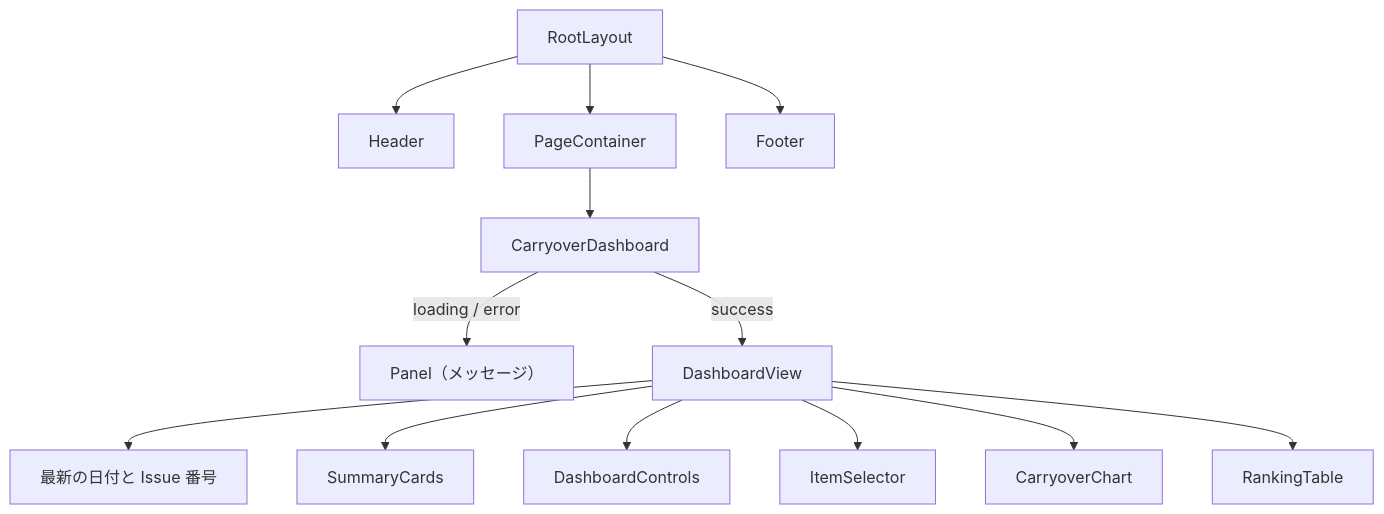
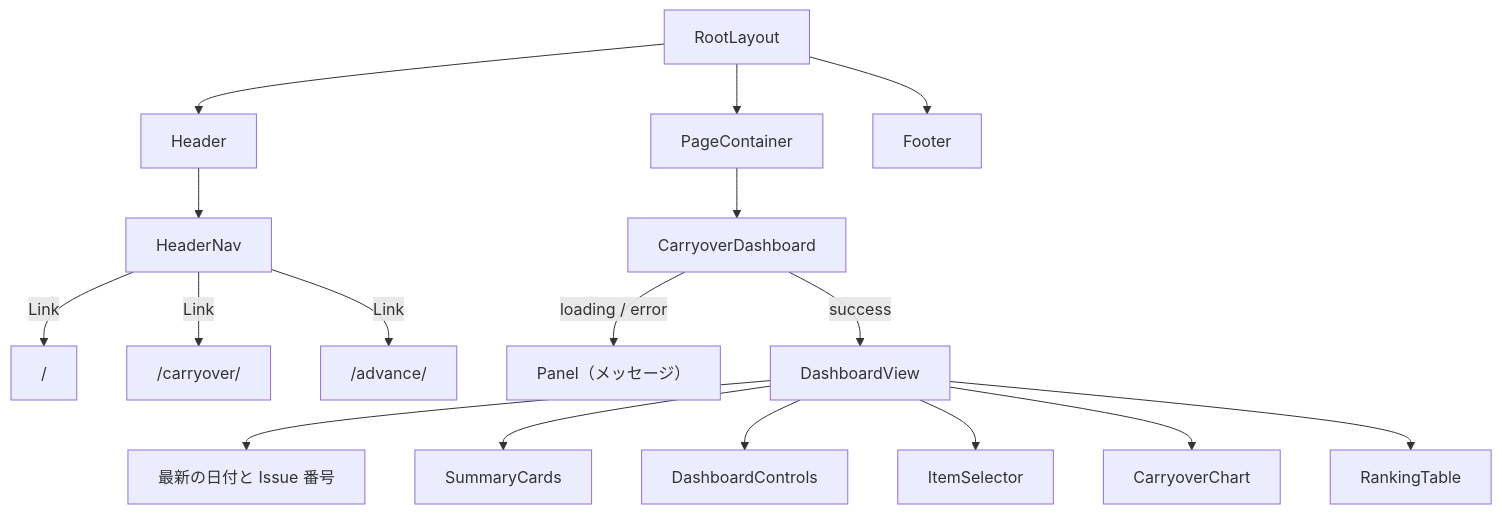
One commit to KenichiroArai/kb002_daily-tasks_doc changed the first of 2 diagrams in docs/design/frontend/03-screen.md. Above: the diagram before and after it, drawn with Mermaid. The commit also changed other lines of this file and 1 other file, not shown here.

````diff
--- a/docs/design/frontend/03-screen.md
+++ b/docs/design/frontend/03-screen.md
@@ -34,15 +35,19 @@
 ```mermaid
 flowchart TB
   layout["RootLayout"] --> header["Header"]
   layout --> container["PageContainer"]
   layout --> footer["Footer"]
+  header --> headerNav["HeaderNav"]
+  headerNav -->|"Link"| overview["/"]
+  headerNav -->|"Link"| carryoverPage["/carryover/"]
+  headerNav -->|"Link"| advancePage["/advance/"]
   container --> dashboard["CarryoverDashboard"]
   dashboard -->|"loading / error"| panel["Panel（メッセージ）"]
   dashboard -->|"success"| view["DashboardView"]
   view --> meta["最新の日付と Issue 番号"]
   view --> cards["SummaryCards"]
   view --> controls["DashboardControls"]
   view --> selector["ItemSelector"]
   view --> chart["CarryoverChart"]
   view --> ranking["RankingTable"]
 ```
````
